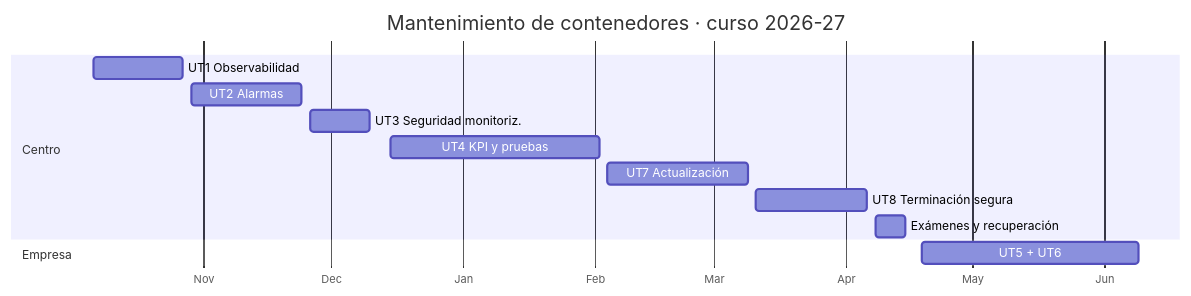
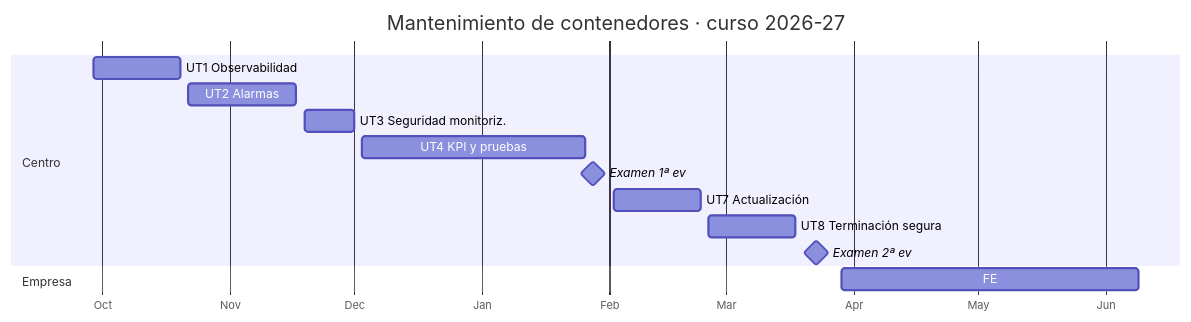
The diagram in docs/calendario.md (victor-educ/apuntes-5169), drawn with Mermaid before and after one commit. The commit also changed other lines of this file and 12 other files, not shown here.

````diff
--- a/docs/calendario.md
+++ b/docs/calendario.md
@@ -76,16 +76,17 @@
 ```mermaid
 gantt
     title Mantenimiento de contenedores · curso 2026-27
     dateFormat  YYYY-MM-DD
     axisFormat  %b
     section Centro
-    UT1 Observabilidad        :2026-10-06, 2026-10-27
-    UT2 Alarmas               :2026-10-29, 2026-11-24
-    UT3 Seguridad monitoriz.  :2026-11-26, 2026-12-10
-    UT4 KPI y pruebas         :2026-12-15, 2027-02-02
-    UT7 Actualización         :2027-02-04, 2027-03-09
-    UT8 Terminación segura    :2027-03-11, 2027-04-06
-    Exámenes y recuperación   :2027-04-08, 2027-04-15
+    UT1 Observabilidad        :2026-09-29, 2026-10-20
+    UT2 Alarmas               :2026-10-22, 2026-11-17
+    UT3 Seguridad monitoriz.  :2026-11-19, 2026-12-01
+    UT4 KPI y pruebas         :2026-12-03, 2027-01-26
+    Examen 1ª ev              :milestone, 2027-01-28, 0d
+    UT7 Actualización         :2027-02-02, 2027-02-23
+    UT8 Terminación segura    :2027-02-25, 2027-03-18
+    Examen 2ª ev              :milestone, 2027-03-23, 0d
     section Empresa
-    UT5 + UT6                 :2027-04-19, 2027-06-09
+    FE                        :2027-03-29, 2027-06-09
 ```
````
